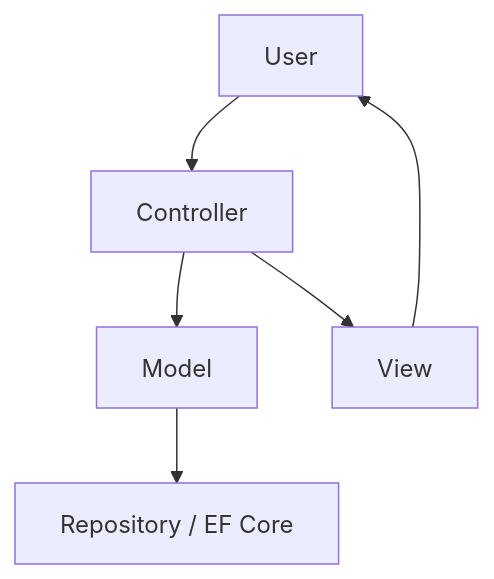
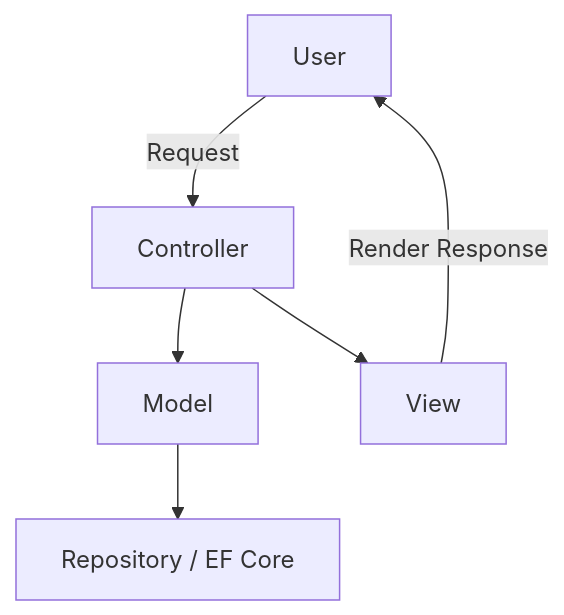
Before and after one commit to Mituteruhsu/CarbornProjectWEBPractice: the diagram in README.md, drawn with Mermaid.

````diff
--- a/README.md
+++ b/README.md
@@ -65,8 +65,8 @@
 ```mermaid
 graph TD;
-	A[User] --> B[Controller];
+	A[User] -->|Request| B[Controller];
 	B --> C[Model];
 	C --> D[Repository / EF Core];
 	B --> E[View];
-	E --> A;
+	E -->|Render Response| A;
 ```
````
